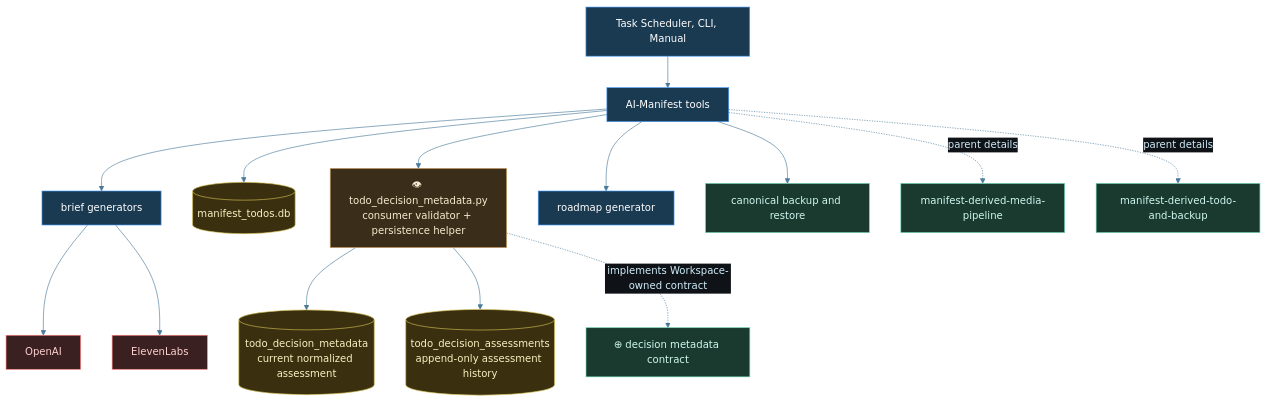
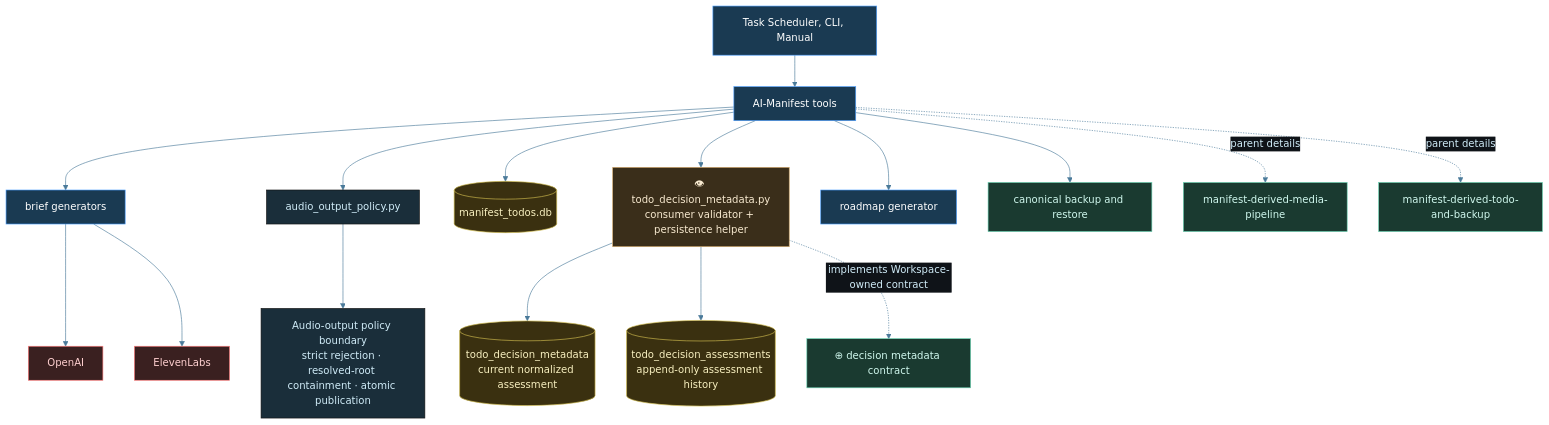
The diagram in diagrams/manifest-architecture.mmd (tylerdrakemusic/-Workspace), drawn with Mermaid before and after one commit. The commit also changed 2 other files, not shown here.

Commit message:
⊕ workspace: document AI-Manifest audio output boundaries

```diff
--- a/diagrams/manifest-architecture.mmd
+++ b/diagrams/manifest-architecture.mmd
@@ -1,34 +1,36 @@
 %%{init: {'theme': 'base', 'themeVariables': {'primaryColor': '#1a2e3a', 'primaryTextColor': '#d0ecf8', 'edgeLabelBackground': '#0f1318', 'lineColor': '#4a7a9a'}}}%%
 %% is_derived_view=false
 %% Traceability.derived_views: diagrams/manifest-derived-media-pipeline.mmd, diagrams/manifest-derived-todo-and-backup.mmd
 graph TB
     Triggers[Task Scheduler, CLI, Manual] --> Tools[AI-Manifest tools]
     Tools --> Briefs[brief generators]
+    Tools --> AudioPolicy[audio_output_policy.py]
+    AudioPolicy --> AudioBoundary[Audio-output policy boundary<br/>strict rejection · resolved-root containment · atomic publication]
     Briefs --> OpenAI[OpenAI]
     Briefs --> ElevenLabs[ElevenLabs]
     Tools --> TodoDB[(manifest_todos.db)]
     Tools --> DecisionMetadata[👁 todo_decision_metadata.py<br/>consumer validator + persistence helper]
     DecisionMetadata --> CurrentMetadata[(todo_decision_metadata<br/>current normalized assessment)]
     DecisionMetadata --> AssessmentHistory[(todo_decision_assessments<br/>append-only assessment history)]
     DecisionMetadata -.->|implements Workspace-owned contract| Contract[⊕ decision metadata contract]
     Tools --> Roadmap[roadmap generator]
     Tools --> Backup[canonical backup and restore]
     Tools -.->|parent details| Media[manifest-derived-media-pipeline]
     Tools -.->|parent details| Todo[manifest-derived-todo-and-backup]
     class Triggers,Tools,Briefs,Roadmap orch
     class TodoDB db
     class CurrentMetadata,AssessmentHistory db
     class DecisionMetadata manifest
     class Contract ws
     class OpenAI,ElevenLabs ext
     class Backup,Media,Todo ws
 classDef life     fill:#1a2e3a,stroke:#6ab4d4,color:#d0ecf8
 classDef music    fill:#3a1a24,stroke:#d47a8f,color:#f8d0dc
 classDef quantum  fill:#251a3a,stroke:#a07adf,color:#e8d0f8
 classDef manifest fill:#3a2e1a,stroke:#d4a96a,color:#f8ead0
 classDef ws       fill:#1a3a30,stroke:#6ad4b4,color:#d0f8ee
 classDef tyler    fill:#2a1a3a,stroke:#9e4aff,color:#fff
 classDef orch     fill:#1a3a52,stroke:#4a9eff,color:#fff
 classDef ext      fill:#3a2020,stroke:#ff7a7a,color:#ffd0d0
 classDef db       fill:#3a3010,stroke:#d4c050,color:#f8f0c0
 classDef state    fill:#1a1a1a,stroke:#888888,color:#cccccc
```
